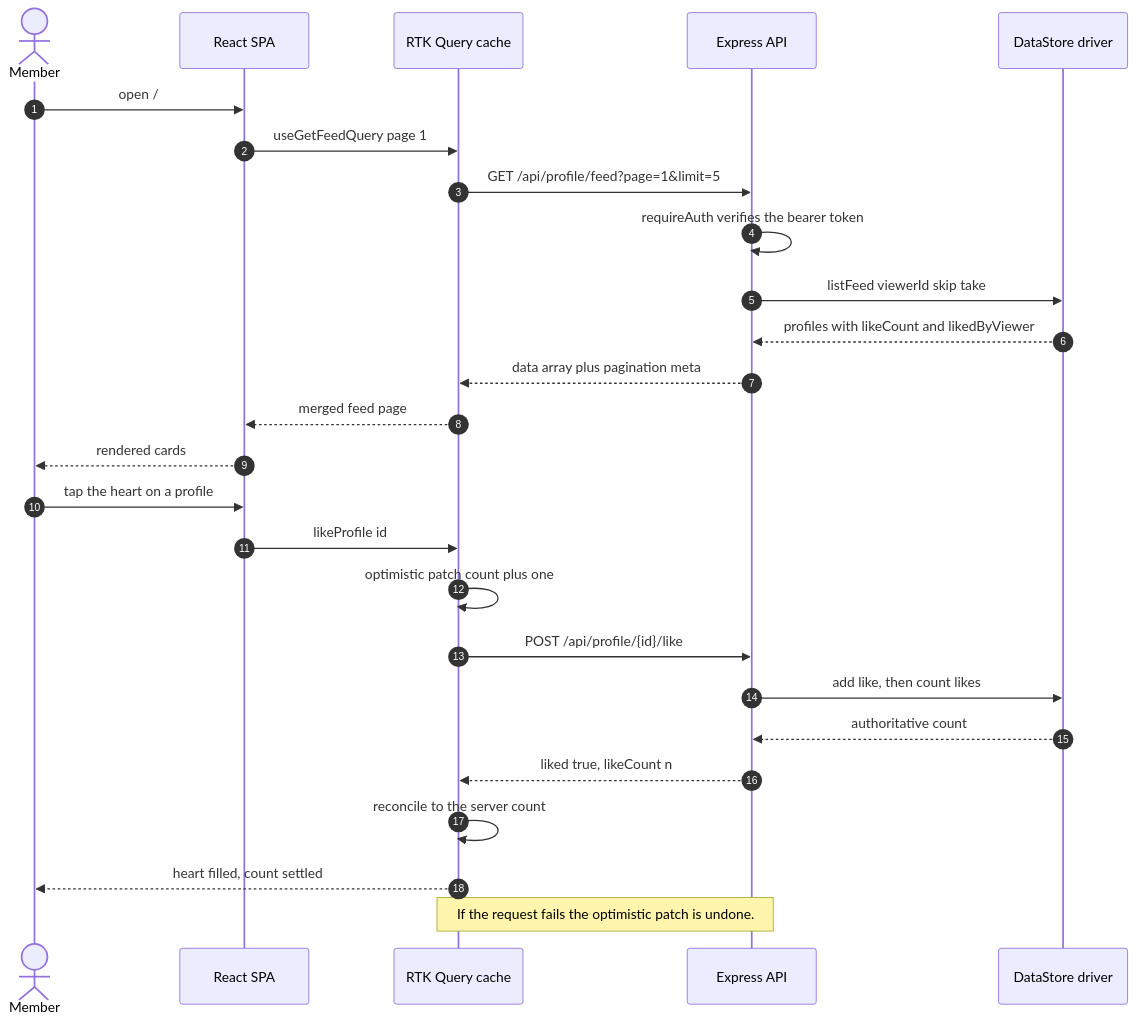
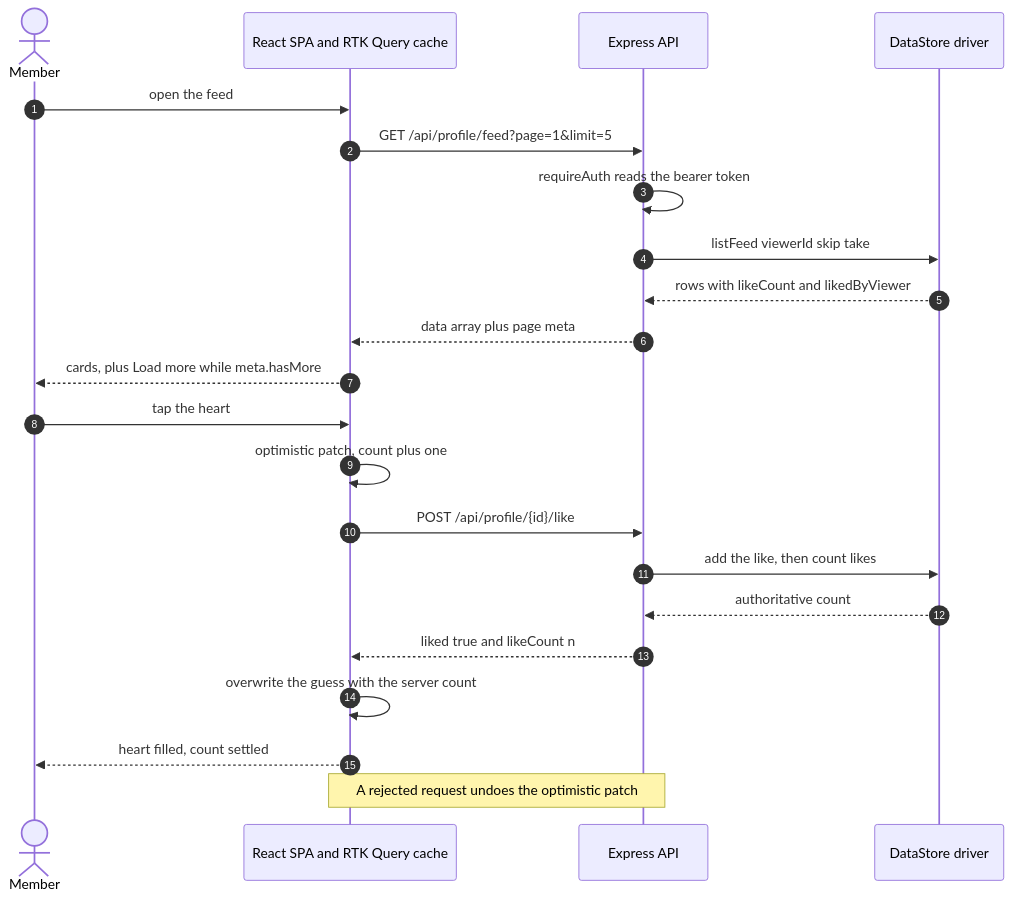
Before and after one commit to dev-mnadeem/member-feed-platform: the second of 2 diagrams in README.md, drawn with Mermaid. The commit also changed other lines of this file, not shown here.

````diff
--- a/README.md
+++ b/README.md
@@ -69,31 +107,27 @@
 ```mermaid
 sequenceDiagram
-  autonumber
-  actor Member
-  participant SPA as React SPA
-  participant RTKQ as RTK Query cache
-  participant API as Express API
-  participant Store as DataStore driver
+    autonumber
+    actor Member
+    participant Cache as React SPA and RTK Query cache
+    participant API as Express API
+    participant Store as DataStore driver
 
-  Member->>SPA: open /
-  SPA->>RTKQ: useGetFeedQuery page 1
-  RTKQ->>API: GET /api/profile/feed?page=1&limit=5
-  API->>API: requireAuth verifies the bearer token
-  API->>Store: listFeed viewerId skip take
-  Store-->>API: profiles with likeCount and likedByViewer
-  API-->>RTKQ: data array plus pagination meta
-  RTKQ-->>SPA: merged feed page
-  SPA-->>Member: rendered cards
+    Member->>Cache: open the feed
+    Cache->>API: GET /api/profile/feed?page=1&limit=5
+    API->>API: requireAuth reads the bearer token
+    API->>Store: listFeed viewerId skip take
+    Store-->>API: rows with likeCount and likedByViewer
+    API-->>Cache: data array plus page meta
+    Cache-->>Member: cards, plus Load more while meta.hasMore
 
-  Member->>SPA: tap the heart on a profile
-  SPA->>RTKQ: likeProfile id
-  RTKQ->>RTKQ: optimistic patch count plus one
-  RTKQ->>API: POST /api/profile/{id}/like
-  API->>Store: add like, then count likes
-  Store-->>API: authoritative count
-  API-->>RTKQ: liked true, likeCount n
-  RTKQ->>RTKQ: reconcile to the server count
-  RTKQ-->>Member: heart filled, count settled
+    Member->>Cache: tap the heart
+    Cache->>Cache: optimistic patch, count plus one
+    Cache->>API: POST /api/profile/{id}/like
+    API->>Store: add the like, then count likes
+    Store-->>API: authoritative count
+    API-->>Cache: liked true and likeCount n
+    Cache->>Cache: overwrite the guess with the server count
+    Cache-->>Member: heart filled, count settled
 
-  Note over RTKQ,API: If the request fails the optimistic patch is undone.
+    Note over Cache,API: A rejected request undoes the optimistic patch
 ```
````
